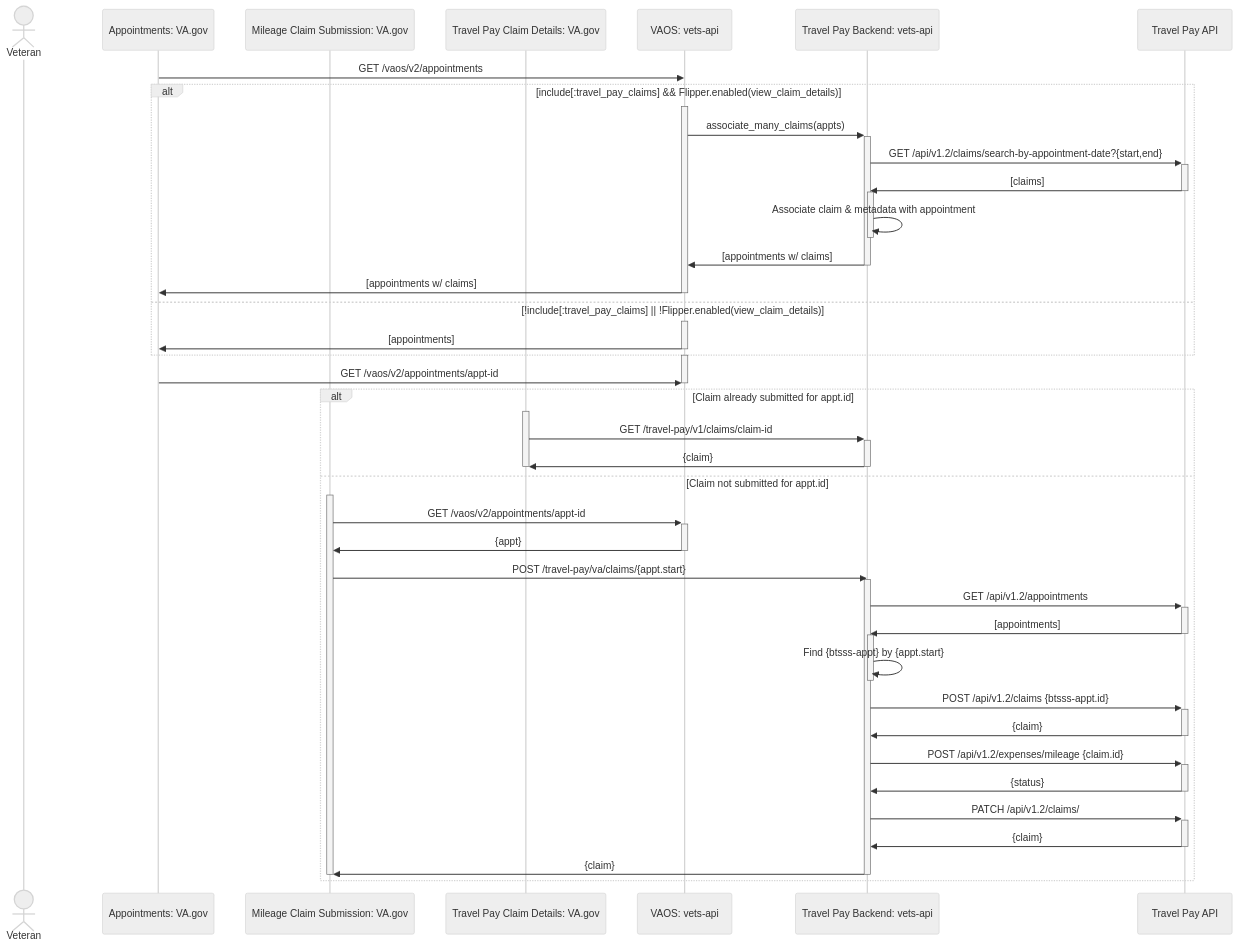
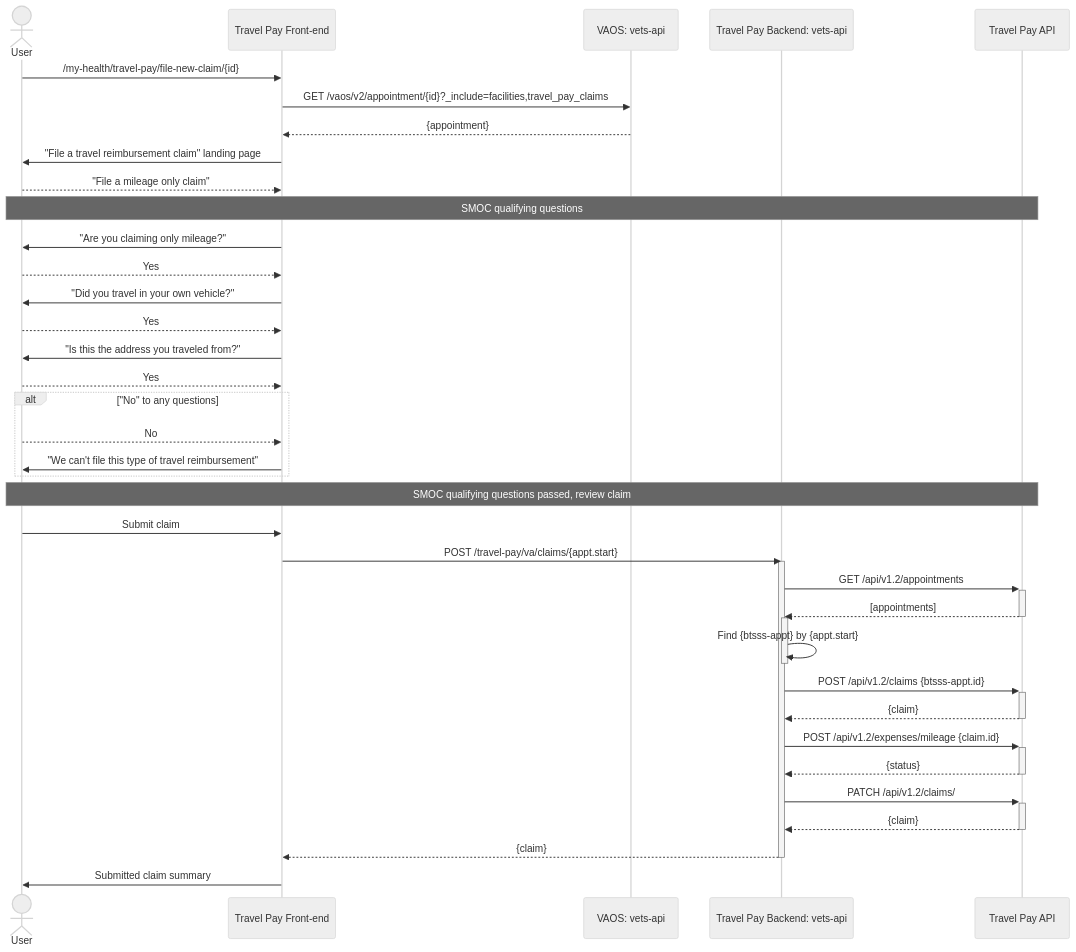
One commit to department-of-veterans-affairs/va.gov-team changed the third of 3 diagrams in products/health-care/beneficiary-travel/engineering/submit-claim/full-sequence-diagram.md. Above: the diagram before and after it, drawn with Mermaid (neutral theme). The commit also changed other lines of this file, not shown here.

Commit message:
Diagram updates

````diff
--- a/products/health-care/beneficiary-travel/engineering/submit-claim/full-sequence-diagram.md
+++ b/products/health-care/beneficiary-travel/engineering/submit-claim/full-sequence-diagram.md
@@ -5,84 +68,54 @@
 ```mermaid
 sequenceDiagram
-  actor vet as Veteran
-  participant appts as Appointments: VA.gov
-  participant smoc as Mileage Claim Submission: VA.gov
-  participant tcdeets as Travel Pay Claim Details: VA.gov
-  participant vaos as VAOS: vets-api
-  participant tpm  as Travel Pay Backend: vets-api
-  participant tpapi as Travel Pay API
+    actor user as User
+    participant smoc as Travel Pay Front-end
+    participant vaos as VAOS: vets-api
+    participant tpm  as Travel Pay Backend: vets-api
+    participant tpapi as Travel Pay API
 
+    user ->> smoc: /my-health/travel-pay/file-new-claim/{id}
+    smoc ->> vaos: GET /vaos/v2/appointment/{id}?_include=facilities,travel_pay_claims
 
-  %% User navigates to past appts
+    vaos -->> smoc: {appointment}
+    smoc ->> user: "File a travel reimbursement claim" landing page
+    user -->> smoc: "File a mileage only claim"
+    Note over user,tpapi: SMOC qualifying questions
+    smoc ->> user: "Are you claiming only mileage?"
+    user -->> smoc: Yes
+    smoc ->> user: "Did you travel in your own vehicle?"
+    user -->> smoc: Yes
+    smoc ->> user: "Is this the address you traveled from?"
+    user -->> smoc: Yes
+    alt "No" to any questions
+      user -->> smoc: No
+      smoc ->> user: "We can't file this type of travel reimbursement"
+    end
 
+    Note over user,tpapi: SMOC qualifying questions passed, review claim
 
-  appts ->> vaos: GET /vaos/v2/appointments
+    user ->> smoc: Submit claim
 
-  alt include[:travel_pay_claims] && Flipper.enabled(view_claim_details)
-    activate vaos
-      vaos ->>+ tpm: associate_many_claims(appts)
-      tpm ->>+ tpapi: GET /api/v1.2/claims/search-by-appointment-date?{start,end}
-      tpapi ->>- tpm: [claims]
+    smoc ->> tpm: POST /travel-pay/va/claims/{appt.start}
+
+    activate tpm
+      tpm ->>+ tpapi: GET /api/v1.2/appointments
+      tpapi -->>- tpm: [appointments]
 
       activate tpm
-        tpm ->> tpm: Associate claim & metadata with appointment
+        tpm ->> tpm: Find {btsss-appt} by {appt.start}
       deactivate tpm
 
-      tpm ->>- vaos: [appointments w/ claims]
-      vaos ->> appts: [appointments w/ claims]
-    deactivate vaos
-  else !include[:travel_pay_claims] || !Flipper.enabled(view_claim_details)
-    activate vaos
-      vaos ->> appts: [appointments]
-    deactivate vaos
-  end
+      tpm ->>+ tpapi: POST /api/v1.2/claims {btsss-appt.id}
+      tpapi -->>- tpm: {claim}
 
-  %% User navigates to claim details
+      tpm ->>+ tpapi: POST /api/v1.2/expenses/mileage {claim.id}
+      tpapi -->>- tpm: {status}
 
-  activate vaos
-  appts ->> vaos: GET /vaos/v2/appointments/appt-id
-  deactivate vaos
+      tpm ->>+ tpapi: PATCH /api/v1.2/claims/#{claim.id}/submit
+      tpapi -->>- tpm: {claim}
 
-  alt Claim already submitted for appt.id
+      tpm -->> smoc: {claim}
+    deactivate tpm
 
-
-    %% User clicks view claim link
-
-
-    activate tcdeets
-      tcdeets ->>+ tpm: GET /travel-pay/v1/claims/claim-id
-      tpm ->>- tcdeets: {claim}
-    deactivate tcdeets
-  else Claim not submitted for appt.id
-
-
-    %% User clicks submit claim link
-
-
-    activate smoc
-      smoc ->>+ vaos: GET /vaos/v2/appointments/appt-id
-      vaos ->>- smoc: {appt}
-      smoc ->> tpm: POST /travel-pay/va/claims/{appt.start}
-
-      activate tpm
-        tpm ->>+ tpapi: GET /api/v1.2/appointments
-        tpapi ->>- tpm: [appointments]
-
-        activate tpm
-          tpm ->> tpm: Find {btsss-appt} by {appt.start}
-        deactivate tpm
-
-        tpm ->>+ tpapi: POST /api/v1.2/claims {btsss-appt.id}
-        tpapi ->>- tpm: {claim}
-
-        tpm ->>+ tpapi: POST /api/v1.2/expenses/mileage {claim.id}
-        tpapi ->>- tpm: {status}
-
-        tpm ->>+ tpapi: PATCH /api/v1.2/claims/#{claim.id}/submit
-        tpapi ->>- tpm: {claim}
-
-        tpm ->> smoc: {claim}
-      deactivate tpm
-    deactivate smoc
-  end
+    smoc ->> user: Submitted claim summary
 ```
````
